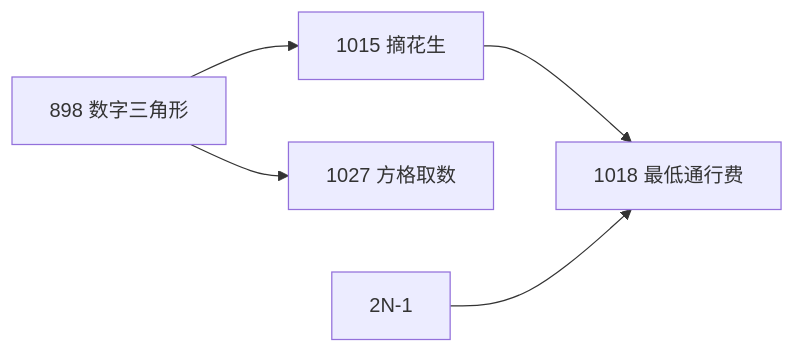
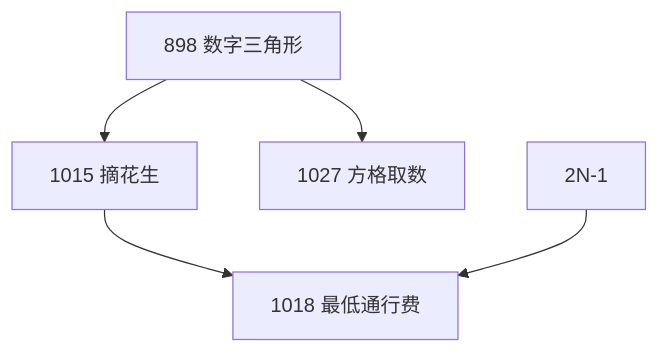
The diagram in 6*-动态规划进阶/6*.1-数字三角形模型.md (cuberxl/Coders-Note), drawn with Mermaid before and after one commit. The commit also changed other lines of this file, not shown here.

````diff
--- a/6*-动态规划进阶/6*.1-数字三角形模型.md
+++ b/6*-动态规划进阶/6*.1-数字三角形模型.md
@@ -6,7 +6,7 @@
 ```mermaid
-graph LR
+graph 
 A[898 数字三角形]-->B[1015 摘花生]
 A-->C[1027 方格取数]
 B-->D[1018 最低通行费]
 E[2N-1]-->D
 ```
````
